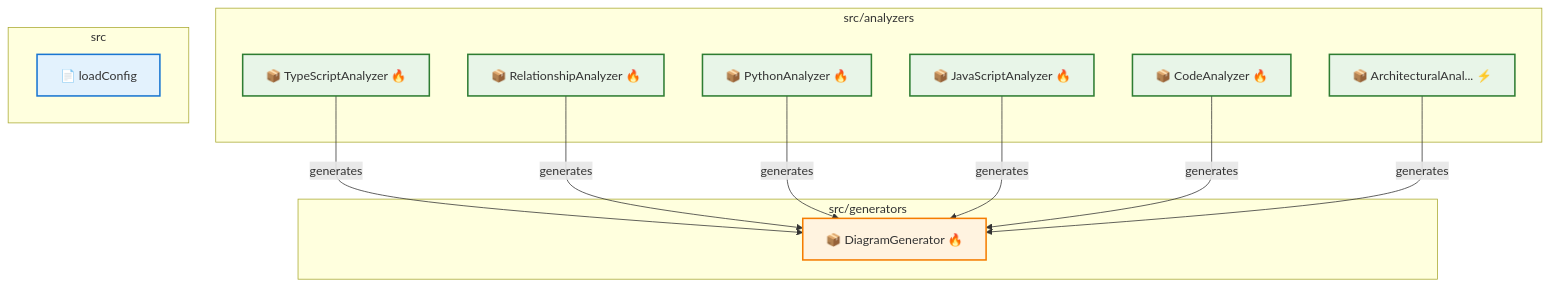
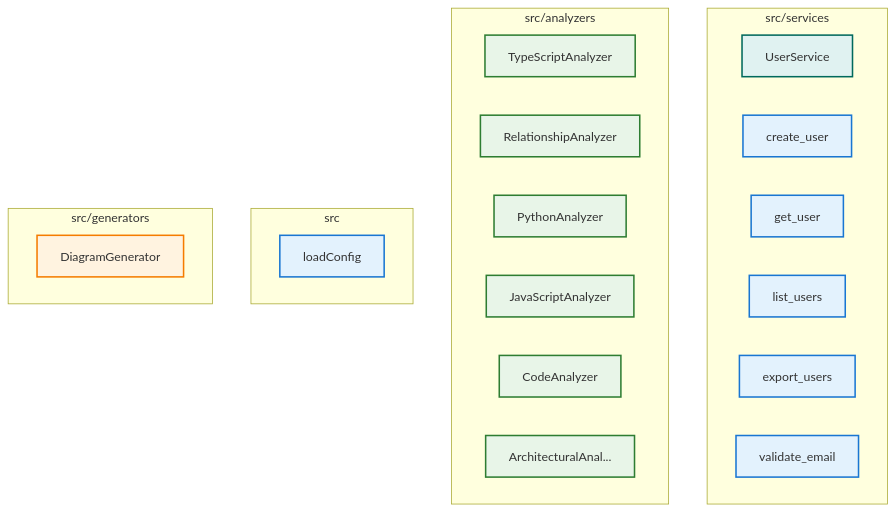
The diagram in docs/architecture/architecture.md (samjhill/diagrammer), drawn with Mermaid before and after one commit. The commit also changed other lines of this file and 7 other files, not shown here.

Commit message:
docs(architecture): update generated diagrams with enhanced metrics and insights [skip ci]

````diff
--- a/docs/architecture/architecture.md
+++ b/docs/architecture/architecture.md
@@ -24,52 +15,54 @@
 ```mermaid
-graph TB
+graph TD
   classDef component fill:#e3f2fd,stroke:#1976d2,stroke-width:2px
   classDef analyzer fill:#e8f5e8,stroke:#2e7d32,stroke-width:2px
   classDef generator fill:#fff3e0,stroke:#f57c00,stroke-width:2px
   classDef manager fill:#f3e5f5,stroke:#7b1fa2,stroke-width:2px
   classDef service fill:#e0f2f1,stroke:#00695c,stroke-width:2px
   classDef external fill:#ffebee,stroke:#c62828,stroke-width:2px
-  classDef large fill:#e3f2fd,stroke:#1976d2,stroke-width:3px,font-size:14px
-  classDef medium fill:#e3f2fd,stroke:#1976d2,stroke-width:2px,font-size:12px
-  classDef small fill:#e3f2fd,stroke:#1976d2,stroke-width:1px,font-size:10px
   classDef framework fill:#f1f8e9,stroke:#558b2f,stroke-width:2px
   classDef npm fill:#e8eaf6,stroke:#3f51b5,stroke-width:2px
   classDef group fill:#fafafa,stroke:#424242,stroke-width:3px
-  classDef relationship fill:#ffeb3b,stroke:#f57f17,stroke-width:2px
-  classDef dependency fill:#ff9800,stroke:#e65100,stroke-width:2px
-  classDef data fill:#4caf50,stroke:#1b5e20,stroke-width:2px
-  classDef api fill:#2196f3,stroke:#0d47a1,stroke-width:2px
+
+  subgraph tests_sample_project_src_services["src/services"]
+    UserService["UserService"]
+    create_user["create_user"]
+    get_user["get_user"]
+    list_users["list_users"]
+    export_users["export_users"]
+    validate_email["validate_email"]
+  end
 
   subgraph src_analyzers["src/analyzers"]
-    ArchitecturalAnalyzer["📦 ArchitecturalAnal... ⚡"]
-    CodeAnalyzer["📦 CodeAnalyzer 🔥"]
-    JavaScriptAnalyzer["📦 JavaScriptAnalyzer 🔥"]
-    PythonAnalyzer["📦 PythonAnalyzer 🔥"]
-    RelationshipAnalyzer["📦 RelationshipAnalyzer 🔥"]
-    TypeScriptAnalyzer["📦 TypeScriptAnalyzer 🔥"]
+    TypeScriptAnalyzer["TypeScriptAnalyzer"]
+    RelationshipAnalyzer["RelationshipAnalyzer"]
+    PythonAnalyzer["PythonAnalyzer"]
+    JavaScriptAnalyzer["JavaScriptAnalyzer"]
+    CodeAnalyzer["CodeAnalyzer"]
+    ArchitecturalAnalyzer["ArchitecturalAnal..."]
   end
 
   subgraph src["src"]
-    loadConfig["📄 loadConfig"]
+    loadConfig["loadConfig"]
   end
 
   subgraph src_generators["src/generators"]
-    DiagramGenerator["📦 DiagramGenerator 🔥"]
+    DiagramGenerator["DiagramGenerator"]
   end
 
+  UserService:::service
+  create_user:::component
+  get_user:::component
+  list_users:::component
+  export_users:::component
+  validate_email:::component
   loadConfig:::component
   DiagramGenerator:::generator
   TypeScriptAnalyzer:::analyzer
   RelationshipAnalyzer:::analyzer
   PythonAnalyzer:::analyzer
   JavaScriptAnalyzer:::analyzer
   CodeAnalyzer:::analyzer
   ArchitecturalAnalyzer:::analyzer
-  TypeScriptAnalyzer -->|generates| DiagramGenerator
-  RelationshipAnalyzer -->|generates| DiagramGenerator
-  PythonAnalyzer -->|generates| DiagramGenerator
-  JavaScriptAnalyzer -->|generates| DiagramGenerator
-  CodeAnalyzer -->|generates| DiagramGenerator
-  ArchitecturalAnalyzer -->|generates| DiagramGenerator
 
 ```
````
